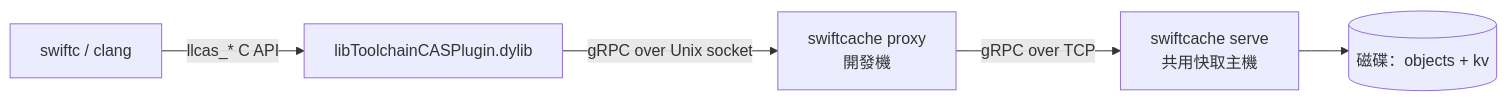
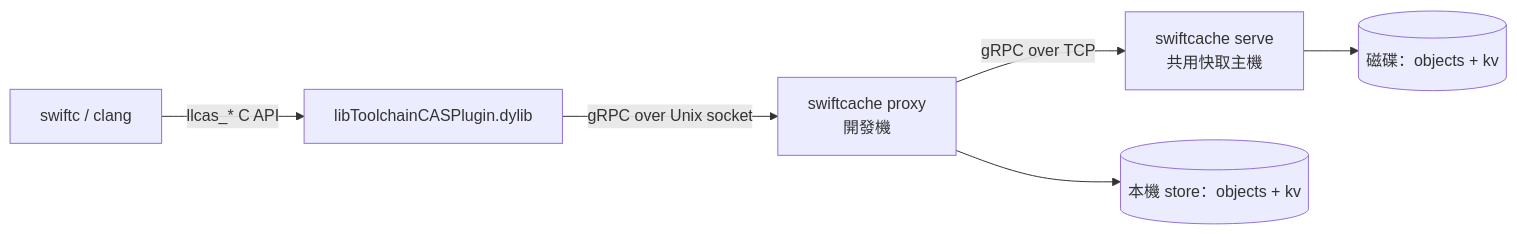
Before and after one commit to yume190/SwiftCache: the diagram in README.zh-TW.md, drawn with Mermaid. The commit also changed other lines of this file and 60 other files, not shown here.

````diff
--- a/README.zh-TW.md
+++ b/README.zh-TW.md
@@ -77,7 +79,8 @@
 ```mermaid
 graph LR
     A[swiftc / clang] -->|llcas_* C API| B[libToolchainCASPlugin.dylib]
     B -->|gRPC over Unix socket| C[swiftcache proxy<br/>開發機]
     C -->|gRPC over TCP| D[swiftcache serve<br/>共用快取主機]
+    C --> F[(本機 store：objects + kv)]
     D --> E[(磁碟：objects + kv)]
 ```
````
